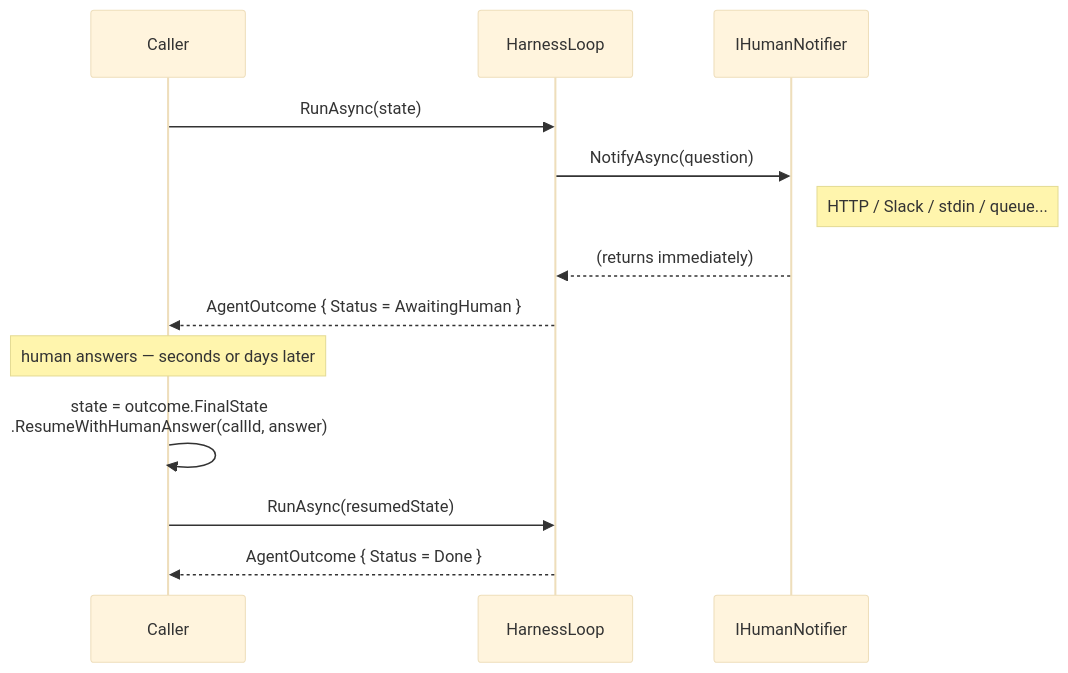
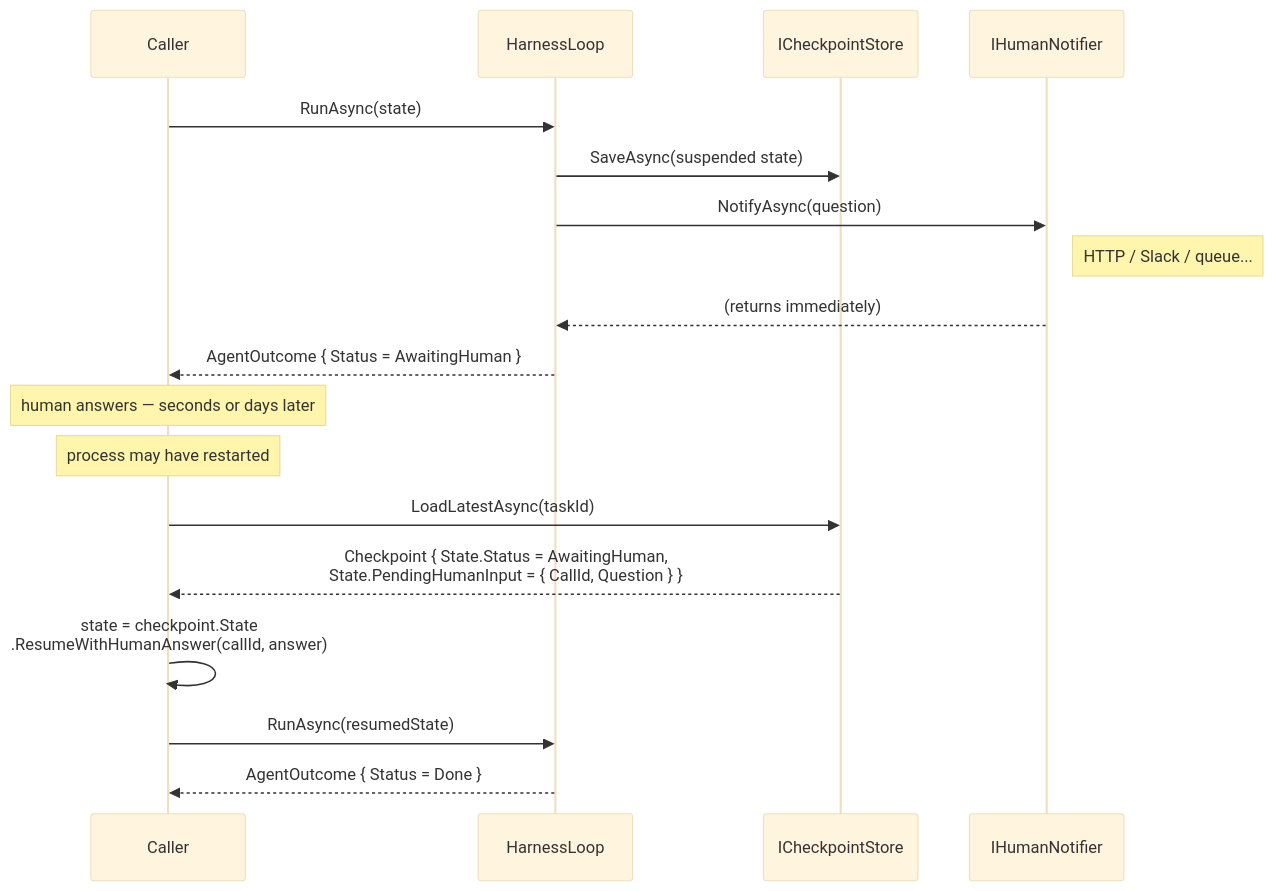
The diagram in docs/EXTENDING.md (AnilKerai/model-harness), drawn with Mermaid (base theme) before and after one commit. The commit also changed other lines of this file, not shown here.

First line of the commit message:
Document HITL/checkpoint use cases and WithHITL API in EXTENDING.md

````diff
--- a/docs/EXTENDING.md
+++ b/docs/EXTENDING.md
@@ -271,18 +317,23 @@
 ```mermaid
 sequenceDiagram
     participant Caller
     participant HarnessLoop
+    participant Store as ICheckpointStore
     participant Notifier as IHumanNotifier
 
     Caller->>HarnessLoop: RunAsync(state)
+    HarnessLoop->>Store: SaveAsync(suspended state)
     HarnessLoop->>Notifier: NotifyAsync(question)
-    note right of Notifier: HTTP / Slack / stdin / queue...
+    note right of Notifier: HTTP / Slack / queue...
     Notifier-->>HarnessLoop: (returns immediately)
     HarnessLoop-->>Caller: AgentOutcome { Status = AwaitingHuman }
 
     note over Caller: human answers — seconds or days later
+    note over Caller: process may have restarted
 
-    Caller->>Caller: state = outcome.FinalState<br/>.ResumeWithHumanAnswer(callId, answer)
+    Caller->>Store: LoadLatestAsync(taskId)
+    Store-->>Caller: Checkpoint { State.Status = AwaitingHuman,<br/>State.PendingHumanInput = { CallId, Question } }
+    Caller->>Caller: state = checkpoint.State<br/>.ResumeWithHumanAnswer(callId, answer)
     Caller->>HarnessLoop: RunAsync(resumedState)
     HarnessLoop-->>Caller: AgentOutcome { Status = Done }
 ```
````
